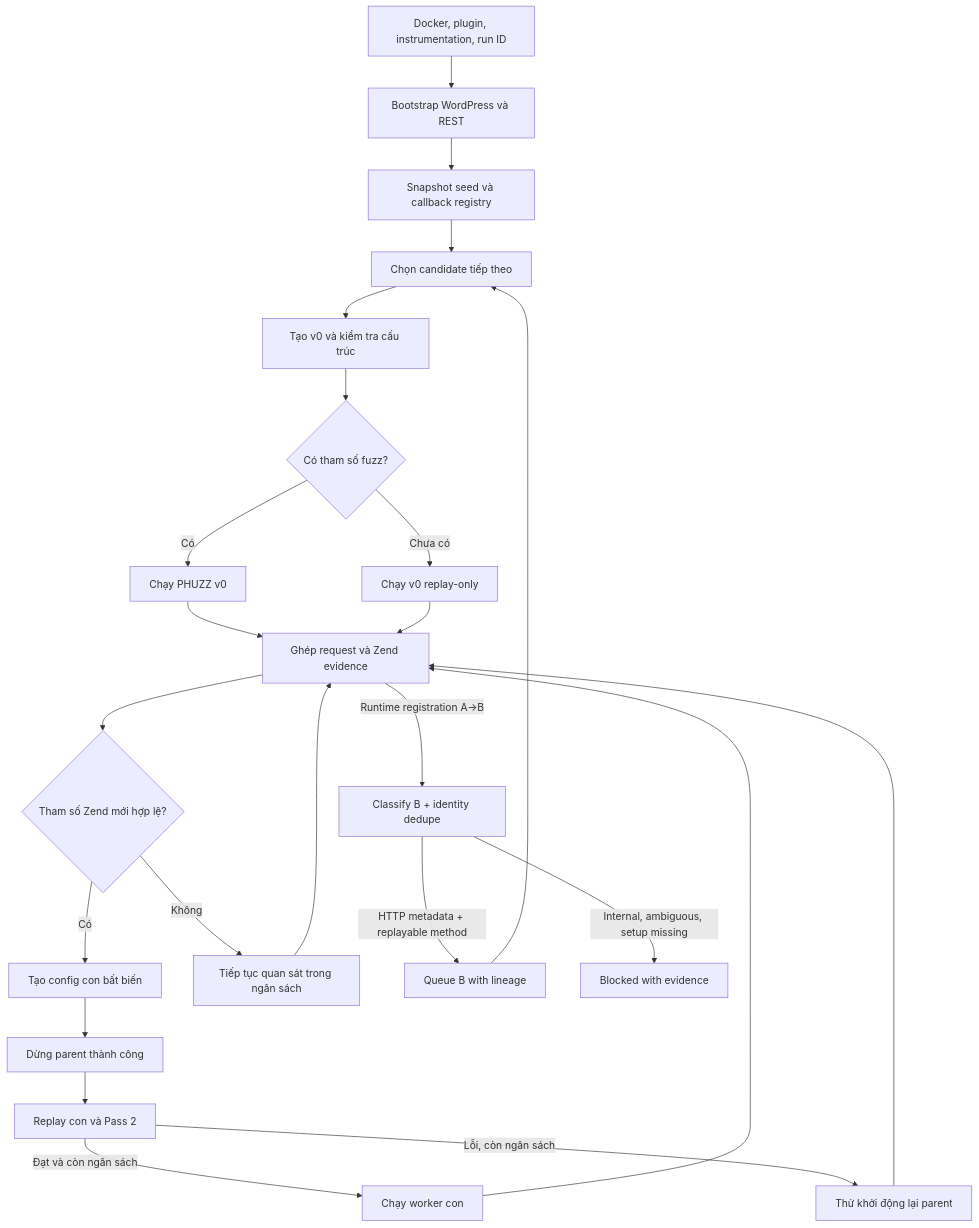
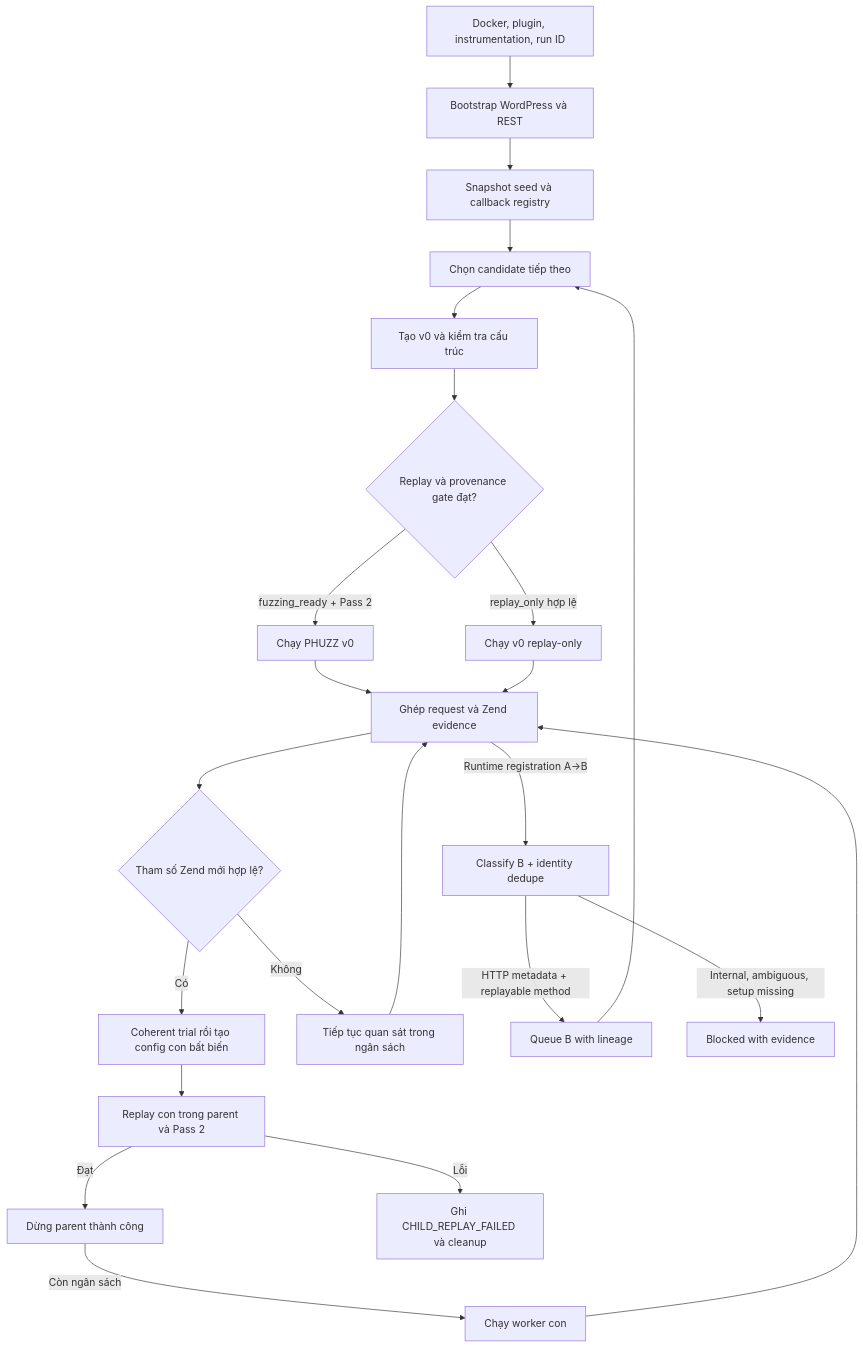
One commit to Harupip/Phuzz-hook changed the diagram in phuzz-main/code/docs/guides/online-linked-flow.md. Above: the diagram before and after it, drawn with Mermaid. The commit also changed other lines of this file and 20 other files, not shown here.

Commit message:
docs: refresh HookPhuzz workflow and architecture

````diff
--- a/phuzz-main/code/docs/guides/online-linked-flow.md
+++ b/phuzz-main/code/docs/guides/online-linked-flow.md
@@ -25,26 +25,25 @@
 ```mermaid
 flowchart TD
     A[Docker, plugin, instrumentation, run ID] --> B[Bootstrap WordPress và REST]
     B --> C[Snapshot seed và callback registry]
     C --> D[Chọn candidate tiếp theo]
     D --> E[Tạo v0 và kiểm tra cấu trúc]
-    E --> F{Có tham số fuzz?}
-    F -->|Có| G[Chạy PHUZZ v0]
-    F -->|Chưa có| H[Chạy v0 replay-only]
+    E --> F{Replay và provenance gate đạt?}
+    F -->|fuzzing_ready + Pass 2| G[Chạy PHUZZ v0]
+    F -->|replay_only hợp lệ| H[Chạy v0 replay-only]
     G --> I[Ghép request và Zend evidence]
     H --> I
     I --> J{Tham số Zend mới hợp lệ?}
-    J -->|Có| K[Tạo config con bất biến]
-    K --> L[Dừng parent thành công]
-    L --> M[Replay con và Pass 2]
-    M -->|Đạt và còn ngân sách| G2[Chạy worker con]
+    J -->|Có| K[Coherent trial rồi tạo config con bất biến]
+    K --> M[Replay con trong parent và Pass 2]
+    M -->|Đạt| L[Dừng parent thành công]
+    L -->|Còn ngân sách| G2[Chạy worker con]
     G2 --> I
-    M -->|Lỗi, còn ngân sách| R[Thử khởi động lại parent]
-    R --> I
+    M -->|Lỗi| R[Ghi CHILD_REPLAY_FAILED và cleanup]
     J -->|Không| N[Tiếp tục quan sát trong ngân sách]
     N --> I
     I -->|Runtime registration A→B| X[Classify B + identity dedupe]
     X -->|HTTP metadata + replayable method| Y[Queue B with lineage]
     X -->|Internal, ambiguous, setup missing| Z[Blocked with evidence]
     Y --> D
 ```
````
